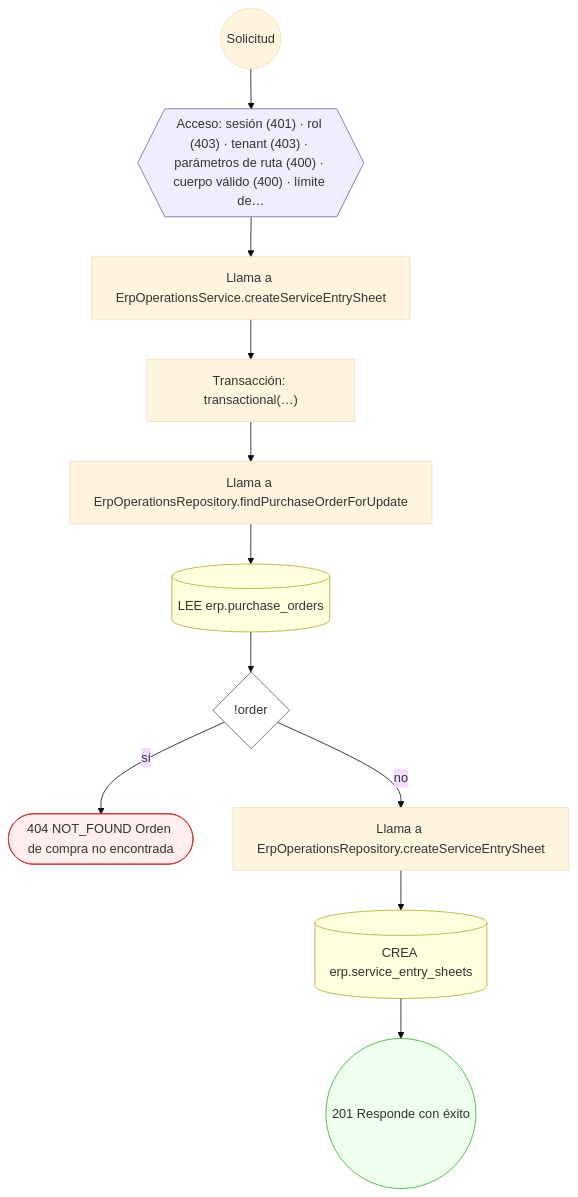
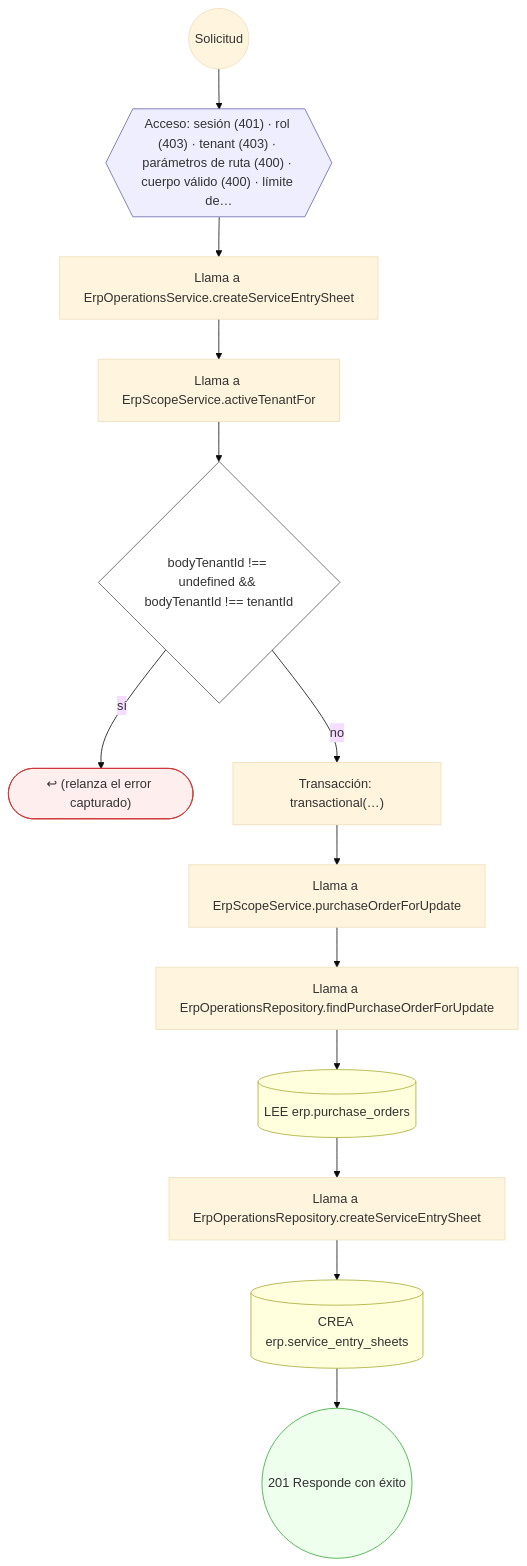
Before and after one commit to mdavila-2001/mantra-core-health-api: diagram 15 of 16 in docs/inventario/flujos/erp.md, drawn with Mermaid (base theme). The commit also changed other lines of this file and 438 other files, not shown here.

````diff
--- a/docs/inventario/flujos/erp.md
+++ b/docs/inventario/flujos/erp.md
@@ -937,30 +1014,34 @@
 ```mermaid
 flowchart TD
   n1(("Solicitud")):::inicio
   n2{{"Acceso: sesión (401) · rol (403) · tenant (403) · parámetros de ruta (400) · cuerpo válido (400) · límite de…"}}:::acceso
   n1 --> n2
   n3["Llama a ErpOperationsService.createServiceEntrySheet"]:::llamada
   n2 --> n3
-  n4["Transacción: transactional(…)"]:::transaccion
+  n4["Llama a ErpScopeService.activeTenantFor"]:::llamada
   n3 --> n4
-  n5["Llama a ErpOperationsRepository.findPurchaseOrderForUpdate"]:::llamada
+  n5{"bodyTenantId !== undefined && bodyTenantId !== tenantId"}:::decision
   n4 --> n5
-  n6[("LEE erp.purchase_orders")]:::efecto
-  n5 --> n6
-  n7{"!order"}:::decision
-  n6 --> n7
-  n8(["404 NOT_FOUND Orden de compra no encontrada"]):::error
-  n7 -->|"sí"| n8
-  n9["Llama a ErpOperationsRepository.createServiceEntrySheet"]:::llamada
-  n7 -->|"no"| n9
-  n10[("CREA erp.service_entry_sheets")]:::efecto
+  n6(["↩ (relanza el error capturado)"]):::error
+  n5 -->|"sí"| n6
+  n7["Transacción: transactional(…)"]:::transaccion
+  n5 -->|"no"| n7
+  n8["Llama a ErpScopeService.purchaseOrderForUpdate"]:::llamada
+  n7 --> n8
+  n9["Llama a ErpOperationsRepository.findPurchaseOrderForUpdate"]:::llamada
+  n8 --> n9
+  n10[("LEE erp.purchase_orders")]:::efecto
   n9 --> n10
-  n11(("201 Responde con éxito")):::ok
+  n11["Llama a ErpOperationsRepository.createServiceEntrySheet"]:::llamada
   n10 --> n11
+  n12[("CREA erp.service_entry_sheets")]:::efecto
+  n11 --> n12
+  n13(("201 Responde con éxito")):::ok
+  n12 --> n13
   classDef acceso fill:#eef,stroke:#66a
   classDef error fill:#fee,stroke:#c33
   classDef ok fill:#efe,stroke:#3a3
   classDef efecto fill:#ffd,stroke:#aa3
   classDef decision fill:#fff,stroke:#555
   classDef corte fill:#eee,stroke:#999,stroke-dasharray: 4
 ```
````
